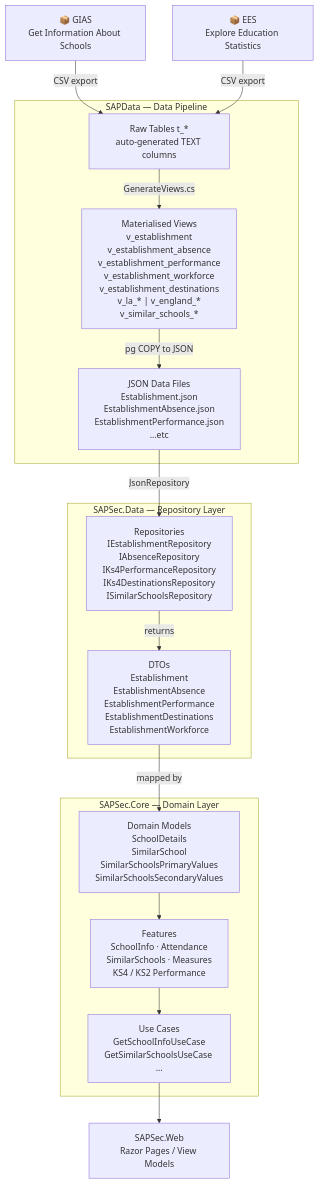
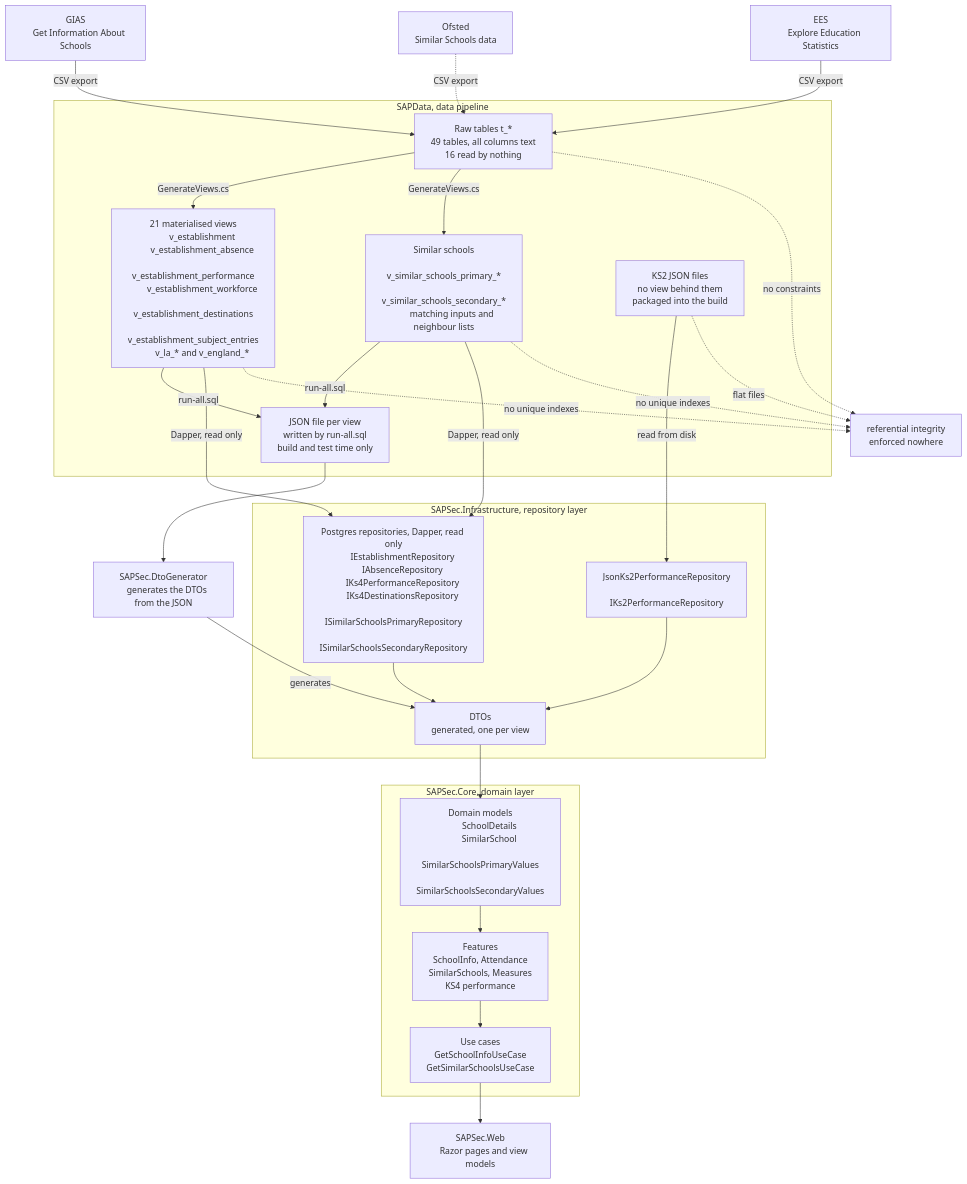
Before and after one commit to DFE-Digital/sap-sector: the second of 2 diagrams in docs/architecture/entity-relationship-diagram.md, drawn with Mermaid. The commit also changed other lines of this file and 11 other files, not shown here.

````diff
--- a/docs/architecture/entity-relationship-diagram.md
+++ b/docs/architecture/entity-relationship-diagram.md
@@ -750,35 +676,93 @@
 ```mermaid
 flowchart TD
-    GIAS["📦 GIAS\nGet Information About Schools"]
-    EES["📦 EES\nExplore Education Statistics"]
+    GIAS["GIAS
+    Get Information About Schools"]
+    OFSTED["Ofsted
+    Similar Schools data"]
+    EES["EES
+    Explore Education Statistics"]
 
-    subgraph SAPData["SAPData — Data Pipeline"]
-        RAW["Raw Tables t_*\nauto-generated TEXT columns"]
-        VIEWS["Materialised Views\nv_establishment\nv_establishment_absence\nv_establishment_performance\nv_establishment_workforce\nv_establishment_destinations\nv_la_* | v_england_*\nv_similar_schools_*"]
-        JSON["JSON Data Files\nEstablishment.json\nEstablishmentAbsence.json\nEstablishmentPerformance.json\n...etc"]
+    subgraph SAPData["SAPData, data pipeline"]
+        RAW["Raw tables t_*
+        49 tables, all columns text
+        16 read by nothing"]
+        VIEWS["21 materialised views
+        v_establishment
+        v_establishment_absence
+        v_establishment_performance
+        v_establishment_workforce
+        v_establishment_destinations
+        v_establishment_subject_entries
+        v_la_* and v_england_*"]
+        SIMILAR["Similar schools
+        v_similar_schools_primary_*
+        v_similar_schools_secondary_*
+        matching inputs and neighbour lists"]
+        VIEWJSON["JSON file per view
+        written by run-all.sql
+        build and test time only"]
+        KS2JSON["KS2 JSON files
+        no view behind them
+        packaged into the build"]
     end
 
-    subgraph SAPSecData["SAPSec.Data — Repository Layer"]
-        REPO["Repositories\nIEstablishmentRepository\nIAbsenceRepository\nIKs4PerformanceRepository\nIKs4DestinationsRepository\nISimilarSchoolsRepository"]
-        DTO["DTOs\nEstablishment\nEstablishmentAbsence\nEstablishmentPerformance\nEstablishmentDestinations\nEstablishmentWorkforce"]
+    GEN["SAPSec.DtoGenerator
+    generates the DTOs from the JSON"]
+
+    subgraph SAPSecInfra["SAPSec.Infrastructure, repository layer"]
+        REPO["Postgres repositories, Dapper, read only
+        IEstablishmentRepository
+        IAbsenceRepository
+        IKs4PerformanceRepository
+        IKs4DestinationsRepository
+        ISimilarSchoolsPrimaryRepository
+        ISimilarSchoolsSecondaryRepository"]
+        JSONREPO["JsonKs2PerformanceRepository
+        IKs2PerformanceRepository"]
+        DTO["DTOs
+        generated, one per view"]
     end
 
-    subgraph SAPSecCore["SAPSec.Core — Domain Layer"]
-        DOMAIN["Domain Models\nSchoolDetails\nSimilarSchool\nSimilarSchoolsPrimaryValues\nSimilarSchoolsSecondaryValues"]
-        FEATURES["Features\nSchoolInfo · Attendance\nSimilarSchools · Measures\nKS4 / KS2 Performance"]
-        USECASES["Use Cases\nGetSchoolInfoUseCase\nGetSimilarSchoolsUseCase ..."]
+    subgraph SAPSecCore["SAPSec.Core, domain layer"]
+        DOMAIN["Domain models
+        SchoolDetails
+        SimilarSchool
+        SimilarSchoolsPrimaryValues
+        SimilarSchoolsSecondaryValues"]
+        FEATURES["Features
+        SchoolInfo, Attendance
+        SimilarSchools, Measures
+        KS4 performance"]
+        USECASES["Use cases
+        GetSchoolInfoUseCase
+        GetSimilarSchoolsUseCase"]
     end
 
-    WEB["SAPSec.Web\nRazor Pages / View Models"]
+    WEB["SAPSec.Web
+    Razor pages and view models"]
 
     GIAS -->|CSV export| RAW
+    OFSTED -.->| CSV export|RAW
     EES -->|CSV export| RAW
     RAW -->|GenerateViews.cs| VIEWS
-    VIEWS -->|pg COPY to JSON| JSON
-    JSON -->|JsonRepository| REPO
-    REPO -->|returns| DTO
-    DTO -->|mapped by| DOMAIN
+    RAW -->|GenerateViews.cs| SIMILAR
+    VIEWS -->|run-all.sql| VIEWJSON
+    SIMILAR -->|run-all.sql| VIEWJSON
+    VIEWJSON --> GEN
+    GEN -->|generates| DTO
+    VIEWS -->|Dapper, read only| REPO
+    SIMILAR -->|Dapper, read only| REPO
+    KS2JSON -->|read from disk| JSONREPO
+    REPO --> DTO
+    JSONREPO --> DTO
+    DTO --> DOMAIN
     DOMAIN --> FEATURES
     FEATURES --> USECASES
     USECASES --> WEB
+
+    RAW -.->|no constraints| X1["referential integrity
+    enforced nowhere"]
+    VIEWS -.->|no unique indexes| X1
+    SIMILAR -.->|no unique indexes| X1
+    KS2JSON -.->|flat files| X1
 ```
````
